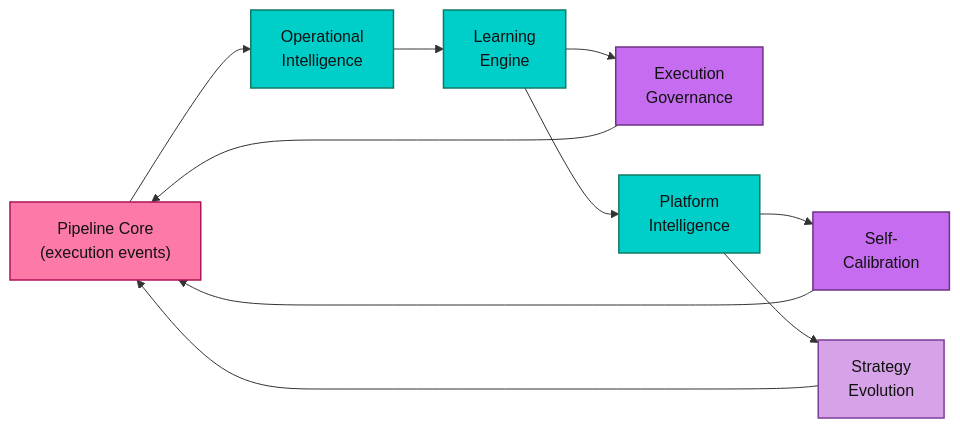
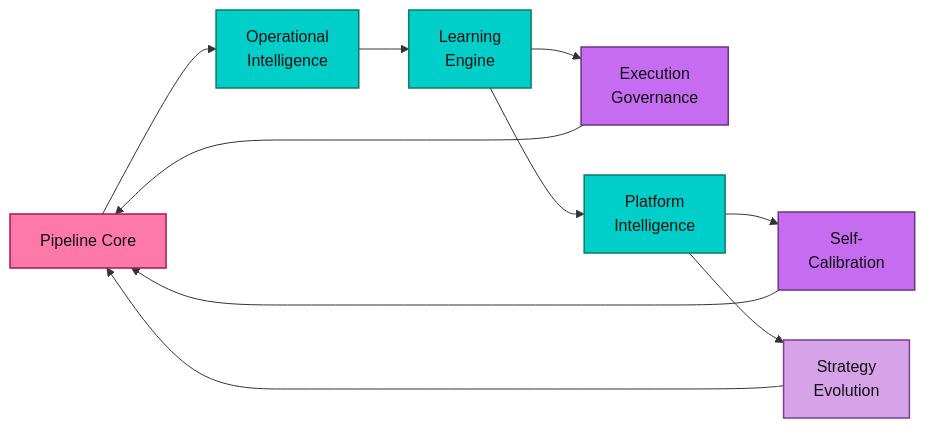
The fourth of 4 diagrams in docs/ARCHITECTURE.md (zansued/axionos), drawn with Mermaid before and after one commit. The commit also changed other lines of this file and 1 other file, not shown here.

Commit message:
Simplified ARCHITECTURE and GOVERNANCE

````diff
--- a/docs/ARCHITECTURE.md
+++ b/docs/ARCHITECTURE.md
@@ -1079,17 +360,17 @@
 ```mermaid
 flowchart LR
-    Pipeline["Pipeline Core\n(execution events)"]:::runtime --> OI["Operational\nIntelligence"]:::intelligence
+    Pipeline["Pipeline Core"]:::runtime --> OI["Operational\nIntelligence"]:::intelligence
     OI --> Learn["Learning\nEngine"]:::intelligence
     Learn --> Gov["Execution\nGovernance"]:::governance
     Gov --> Pipeline
     Learn --> PI["Platform\nIntelligence"]:::intelligence
     PI --> Calib["Self-\nCalibration"]:::governance
     PI --> Strat["Strategy\nEvolution"]:::strategic
     Calib --> Pipeline
     Strat --> Pipeline
 
     classDef runtime fill:#FD79A8,stroke:#AD1457,color:#111,stroke-width:1.5px;
     classDef intelligence fill:#00CEC9,stroke:#117A65,color:#111,stroke-width:1.5px;
     classDef governance fill:#C56CF0,stroke:#6C3483,color:#111,stroke-width:1.5px;
     classDef strategic fill:#D6A2E8,stroke:#7D3C98,color:#111,stroke-width:1.5px;
 ```
````
